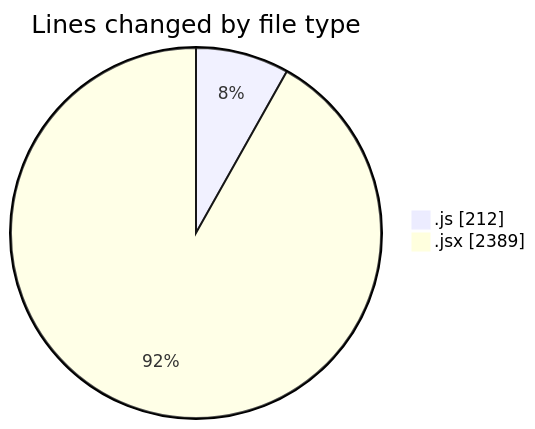
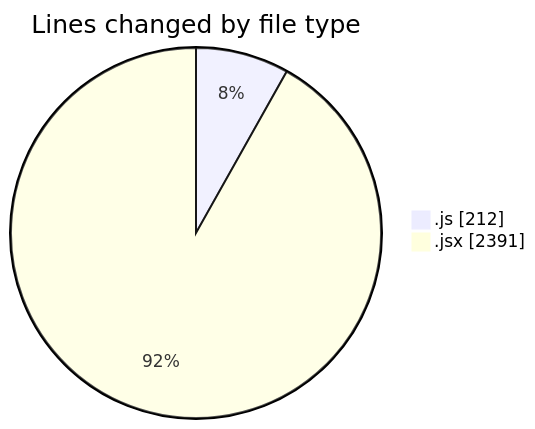
One commit to nxtqubesakshisongat/code-tracking changed the first of 2 diagrams in 2025-06-07/nxtqube_webapp/README.md. Above: the diagram before and after it, drawn with Mermaid. The commit also changed other lines of this file and 1 other file, not shown here.

````diff
--- a/2025-06-07/nxtqube_webapp/README.md
+++ b/2025-06-07/nxtqube_webapp/README.md
@@ -24,6 +24,6 @@
 ```mermaid
 pie showData
 title Lines changed by file type
 ".js" : 212
-".jsx" : 2389
+".jsx" : 2391
 ```
````
